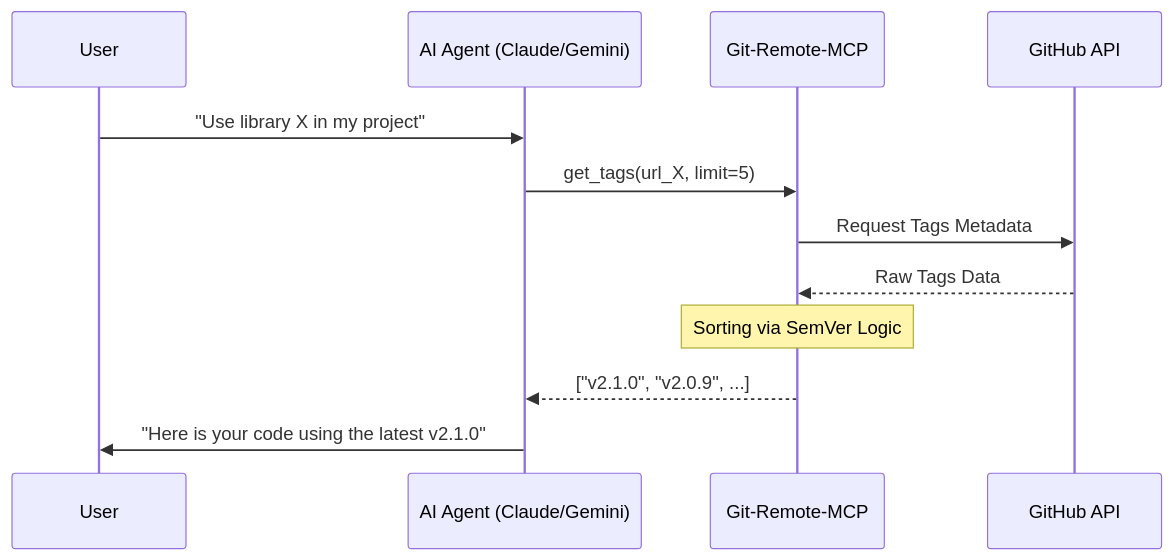
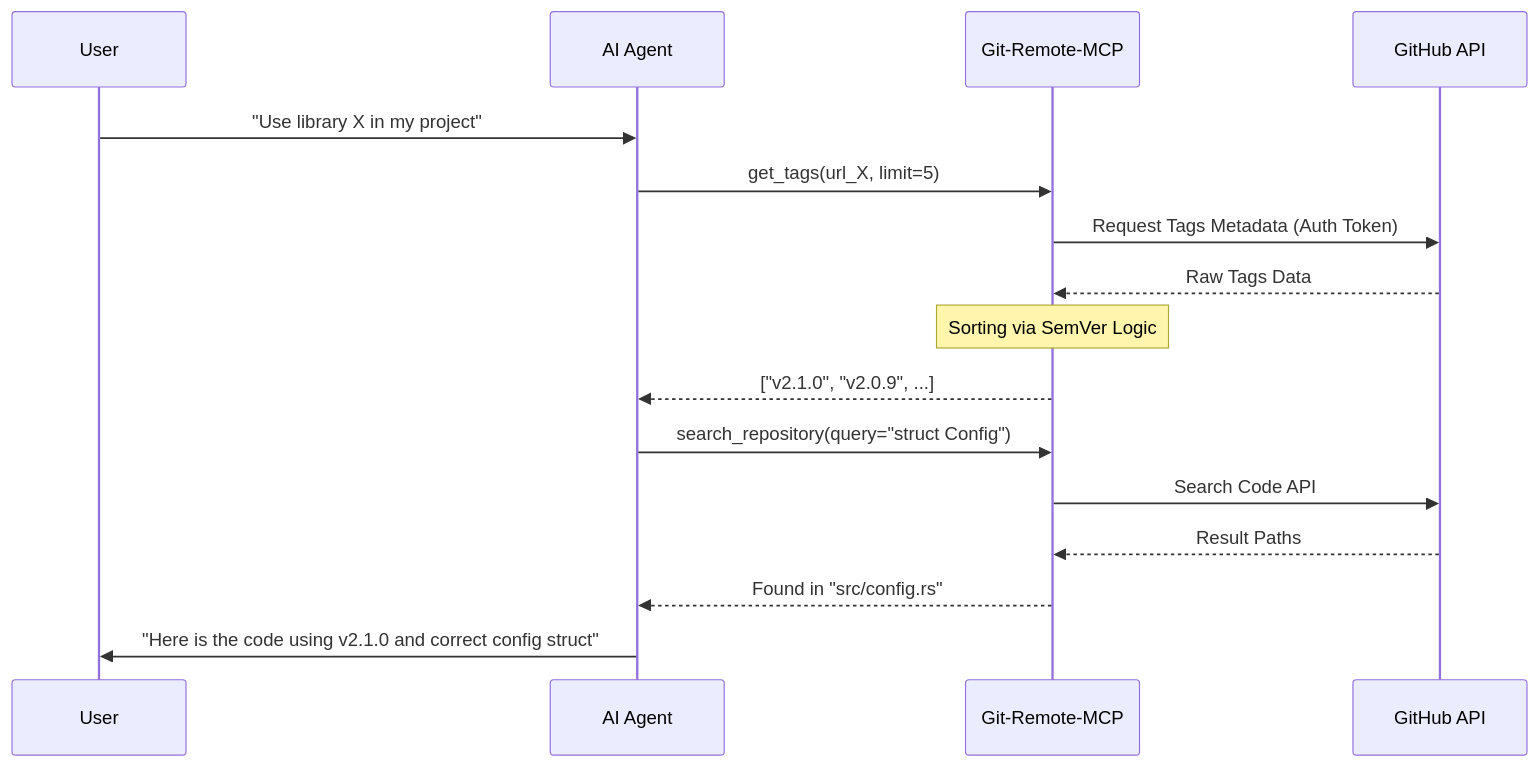
One commit to HanSoBored/git-mcp-rs changed the diagram in README.md. Above: the diagram before and after it, drawn with Mermaid. The commit also changed other lines of this file, not shown here.

````diff
--- a/README.md
+++ b/README.md
@@ -81,15 +77,21 @@
 ```mermaid
 sequenceDiagram
     participant User
-    participant AI as AI Agent (Claude/Gemini)
+    participant AI as AI Agent
     participant MCP as Git-Remote-MCP
     participant GitHub as GitHub API
 
     User->>AI: "Use library X in my project"
     AI->>MCP: get_tags(url_X, limit=5)
-    MCP->>GitHub: Request Tags Metadata
+    MCP->>GitHub: Request Tags Metadata (Auth Token)
     GitHub-->>MCP: Raw Tags Data
     Note over MCP: Sorting via SemVer Logic
     MCP-->>AI: ["v2.1.0", "v2.0.9", ...]
-    AI->>User: "Here is your code using the latest v2.1.0"
+
+    AI->>MCP: search_repository(query="struct Config")
+    MCP->>GitHub: Search Code API
+    GitHub-->>MCP: Result Paths
+    MCP-->>AI: Found in "src/config.rs"
+
+    AI->>User: "Here is the code using v2.1.0 and correct config struct"
 ```
````
